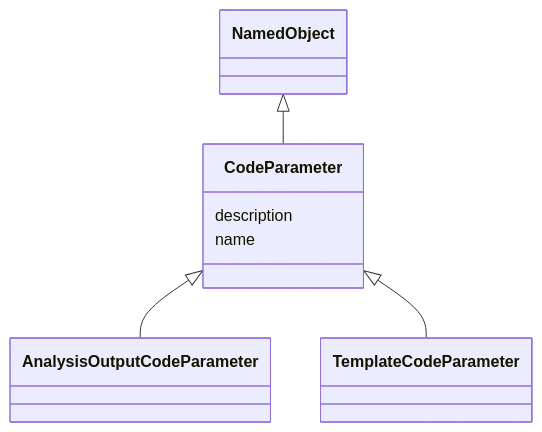
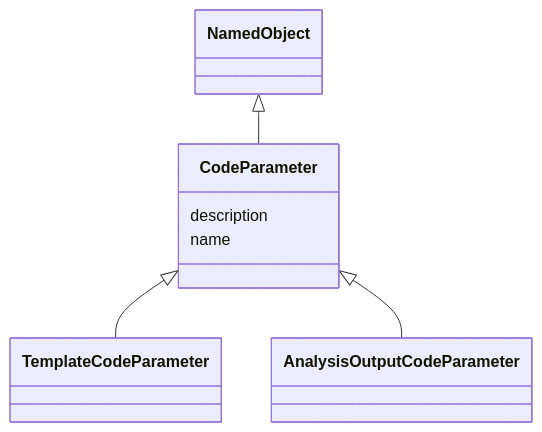
One commit to cdisc-org/analysis-results-standard changed the diagram in project/docs/CodeParameter.md. Above: the diagram before and after it, drawn with Mermaid. The commit also changed other lines of this file and 192 other files, not shown here.

````diff
--- a/project/docs/CodeParameter.md
+++ b/project/docs/CodeParameter.md
@@ -17,16 +12,13 @@
 ```mermaid
  classDiagram
     class CodeParameter
       NamedObject <|-- CodeParameter
-      
-
+      CodeParameter <|-- TemplateCodeParameter
       CodeParameter <|-- AnalysisOutputCodeParameter
-      CodeParameter <|-- TemplateCodeParameter
-      
-      
+            
       CodeParameter : description
         
       CodeParameter : name
         
       
 ```
````
